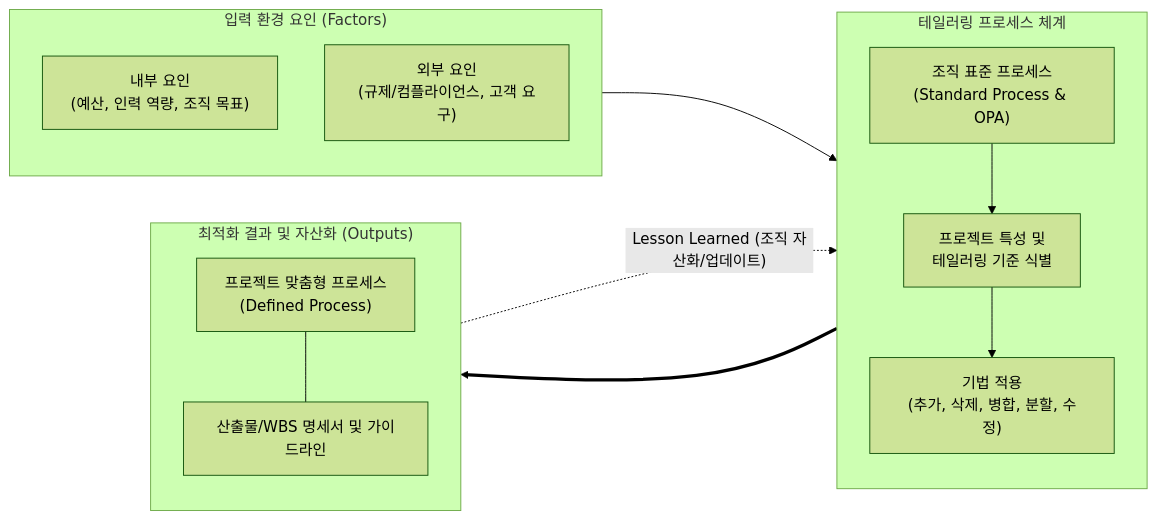
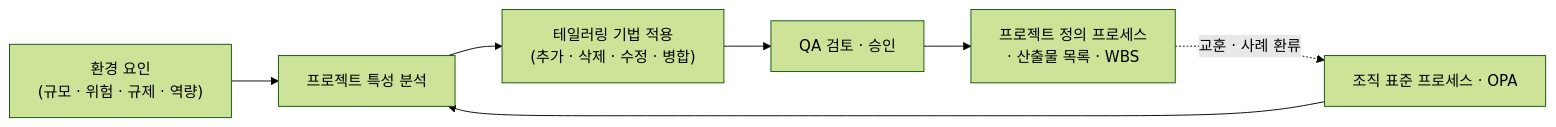
One commit to supremethumb/supremethumb.github.io changed the diagram in content/01_IT Tech/테일러링.md. Above: the diagram before and after it, drawn with Mermaid (forest theme). The commit also changed other lines of this file and 1087 other files, not shown here.

````diff
--- a/content/01_IT Tech/테일러링.md
+++ b/content/01_IT Tech/테일러링.md
@@ -23,30 +34,9 @@
 ```mermaid
 flowchart LR
-    subgraph Input["입력 환경 요인 (Factors)"]
-        direction TB
-        Int["내부 요인<br/>(예산, 인력 역량, 조직 목표)"]
-        Ext["외부 요인<br/>(규제/컴플라이언스, 고객 요구)"]
-    end
-
-    subgraph Tailoring_Process["테일러링 프로세스 체계"]
-        direction TB
-        Standard["조직 표준 프로세스<br/>(Standard Process & OPA)"]
-        Analyze["프로젝트 특성 및<br/>테일러링 기준 식별"]
-        Execute["기법 적용<br/>(추가, 삭제, 병합, 분할, 수정)"]
-        
-        Standard --> Analyze --> Execute
-    end
-
-    subgraph Output["최적화 결과 및 자산화 (Outputs)"]
-        direction TB
-        OptProc["프로젝트 맞춤형 프로세스<br/>(Defined Process)"]
-        Docs["산출물/WBS 명세서 및 가이드라인"]
-        OptProc --- Docs
-    end
-
-    Input --> Tailoring_Process
-    Tailoring_Process ==> Output
-    
-    Output -. "Lesson Learned (조직 자산화/업데이트)" .-> Standard
-
+    F["환경 요인<br/>(규모 · 위험 · 규제 · 역량)"] --> A["프로젝트 특성 분석"]
+    STD["조직 표준 프로세스 · OPA"] --> A
+    A --> T["테일러링 기법 적용<br/>(추가 · 삭제 · 수정 · 병합)"]
+    T --> QA["QA 검토 · 승인"]
+    QA --> DP["프로젝트 정의 프로세스<br/>· 산출물 목록 · WBS"]
+    DP -. "교훈 · 사례 환류" .-> STD
 ```
````
